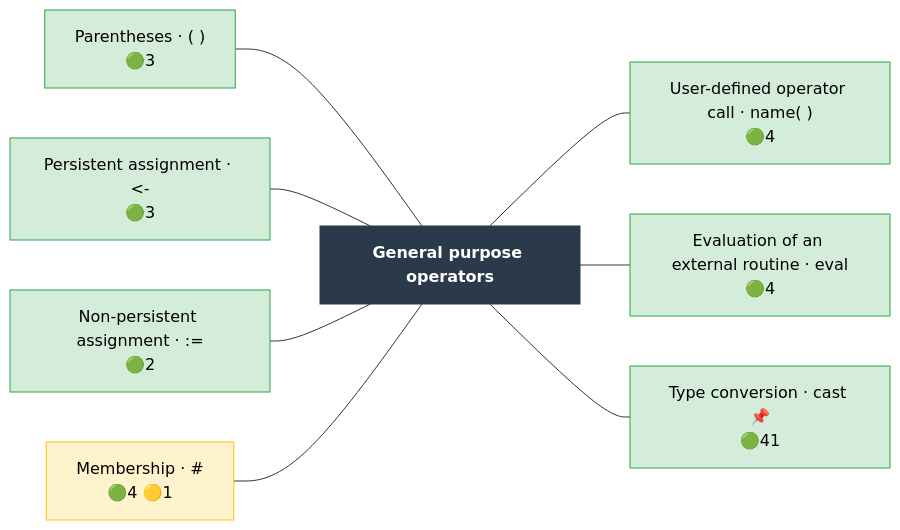
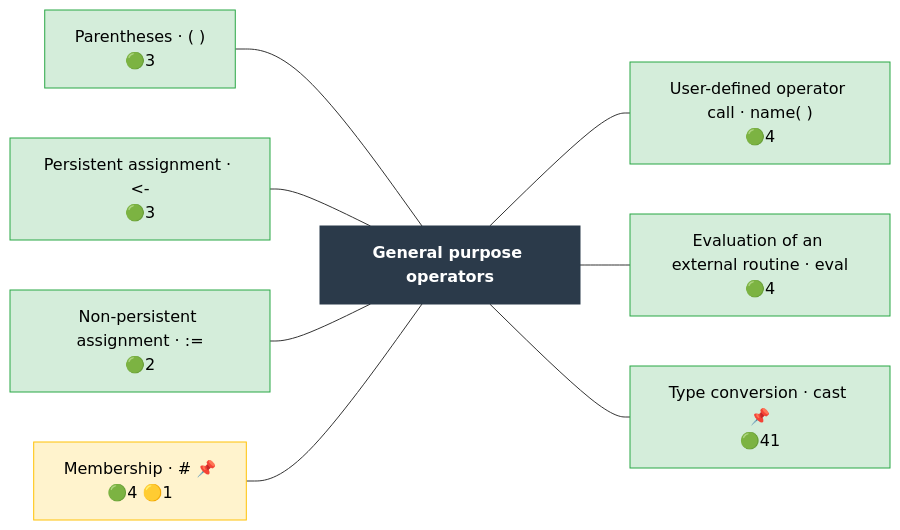
The diagram in docs/operator_map/general/index.rst (Meaningful-Data/vtlengine), drawn with Mermaid before and after one commit. The commit also changed 39 other files, not shown here.

```diff
--- a/docs/operator_map/general/index.rst
+++ b/docs/operator_map/general/index.rst
@@ -24,33 +24,33 @@
 .. mermaid::
    :config: {"flowchart": {"useMaxWidth": false}}
 
    flowchart LR
        classDef ok fill:#d4edda,stroke:#28a745,color:#000
        classDef partial fill:#fff3cd,stroke:#ffc107,color:#000
        classDef refused fill:#d4edda,stroke:#28a745,stroke-width:3px,stroke-dasharray: 2 2,color:#000
        classDef missing fill:#f8d7da,stroke:#dc3545,color:#000
        classDef diverge fill:#cce5ff,stroke:#007bff,color:#000
        classDef block fill:#2b3a4a,stroke:#2b3a4a,color:#fff,font-weight:bold
        classDef ext fill:#fff,stroke:#666,color:#000,stroke-dasharray: 5 5
        B["General purpose operators"]:::block
        general__parentheses["Parentheses · ( )<br/>🟢3"]:::ok
        general__persistent_assignment["Persistent assignment · #60;-<br/>🟢3"]:::ok
        general__non_persistent_assignment["Non-persistent assignment · #58;#61;<br/>🟢2"]:::ok
-       general__membership["Membership · #35;<br/>🟢4 🟡1"]:::partial
+       general__membership["Membership · #35; 📌<br/>🟢4 🟡1"]:::partial
        general__udo_call["User-defined operator call · name( )<br/>🟢4"]:::ok
        general__eval["Evaluation of an external routine · eval<br/>🟢4"]:::ok
        general__cast["Type conversion · cast 📌<br/>🟢41"]:::ok
        general__parentheses --- B
        general__persistent_assignment --- B
        general__non_persistent_assignment --- B
        general__membership --- B
        B --- general__udo_call
        B --- general__eval
        B --- general__cast
        click general__parentheses href "parentheses.html"
        click general__persistent_assignment href "persistent_assignment.html"
        click general__non_persistent_assignment href "non_persistent_assignment.html"
        click general__membership href "membership.html"
        click general__udo_call href "udo_call.html"
        click general__eval href "eval.html"
        click general__cast href "cast.html"
```
